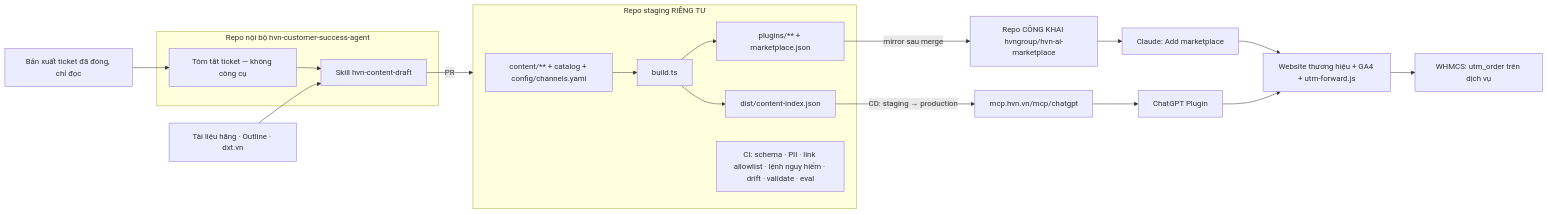
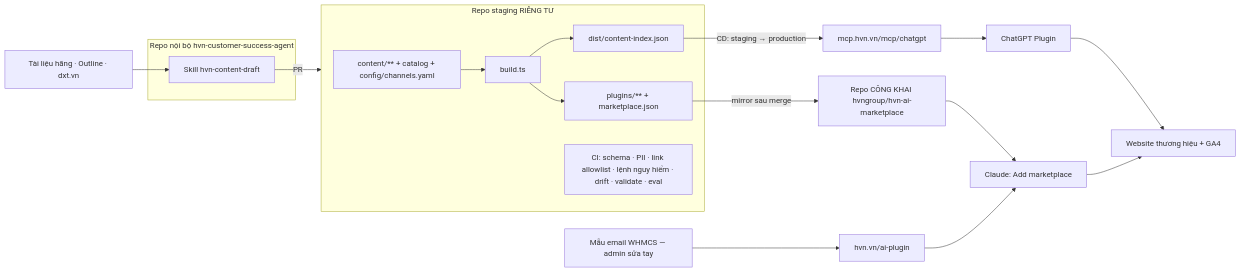
The diagram in plans/261021-1121-hvn-ai-plugin-marketplace/plan.md (HVN-GROUP/hvn-customer-success-agent), drawn with Mermaid before and after one commit. The commit also changed other lines of this file and 6 other files, not shown here.

First line of the commit message:
docs(plan): drop WHMCS integration and add onboarding roadmap content type

````diff
--- a/plans/261021-1121-hvn-ai-plugin-marketplace/plan.md
+++ b/plans/261021-1121-hvn-ai-plugin-marketplace/plan.md
@@ -45,21 +45,21 @@
 ```mermaid
 flowchart LR
   subgraph INT[Repo nội bộ hvn-customer-success-agent]
-    SUM[Tóm tắt ticket — không công cụ] --> SK[Skill hvn-content-draft]
+    SK[Skill hvn-content-draft]
   end
-  EXP[Bản xuất ticket đã đóng, chỉ đọc] --> SUM
   DOC[Tài liệu hãng · Outline · dxt.vn] --> SK
   SK -->|PR| STG
   subgraph STG[Repo staging RIÊNG TƯ]
     SRC[content/** + catalog + config/channels.yaml] --> B[build.ts]
     B --> PLG[plugins/** + marketplace.json]
     B --> IDX[dist/content-index.json]
     CI[CI: schema · PII · link allowlist · lệnh nguy hiểm · drift · validate · eval]
   end
   PLG -->|mirror sau merge| PUB[Repo CÔNG KHAI hvngroup/hvn-ai-marketplace]
   PUB --> CM[Claude: Add marketplace]
   IDX -->|CD: staging → production| MCP[mcp.hvn.vn/mcp/chatgpt]
   MCP --> GPT[ChatGPT Plugin]
-  CM & GPT --> WEB[Website thương hiệu + GA4 + utm-forward.js]
-  WEB --> WH[WHMCS: utm_order trên dịch vụ]
+  CM & GPT --> WEB[Website thương hiệu + GA4]
+  EM[Mẫu email WHMCS — admin sửa tay] --> LP[hvn.vn/ai-plugin]
+  LP --> CM
 ```
````
